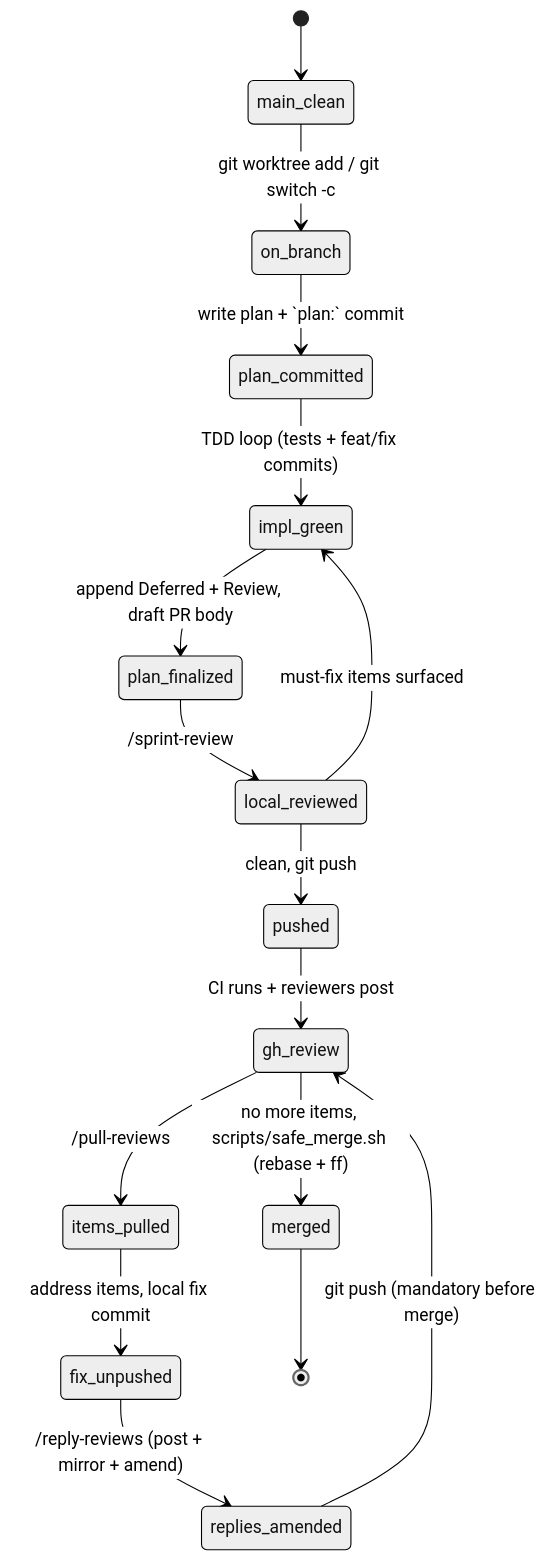
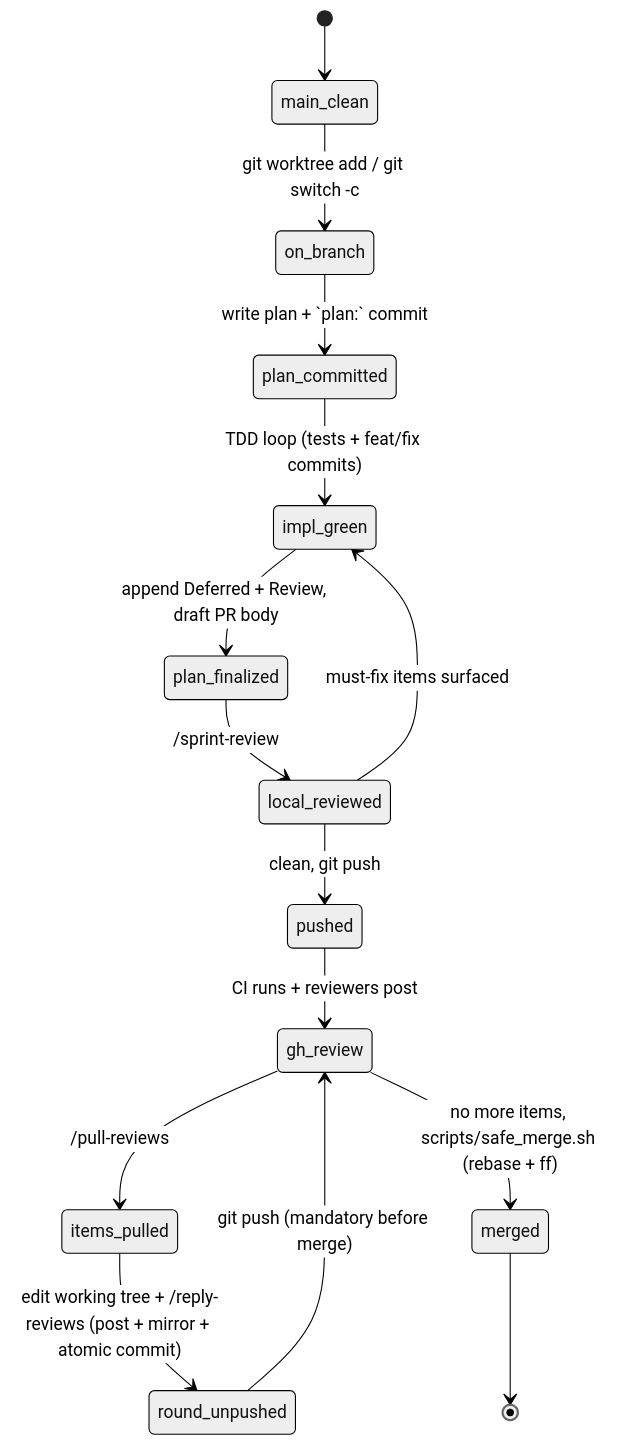
Before and after one commit to cmk/agogo: the first of 2 diagrams in doc/workflow.md, drawn with Mermaid (neutral theme). The commit also changed other lines of this file and 6 other files, not shown here.

````diff
--- a/doc/workflow.md
+++ b/doc/workflow.md
@@ -18,18 +18,17 @@
 ```mermaid
 stateDiagram-v2
     [*] --> main_clean
     main_clean --> on_branch: git worktree add / git switch -c
     on_branch --> plan_committed: write plan + `plan:` commit
     plan_committed --> impl_green: TDD loop (tests + feat/fix commits)
     impl_green --> plan_finalized: append Deferred + Review, draft PR body
     plan_finalized --> local_reviewed: /sprint-review
     local_reviewed --> impl_green: must-fix items surfaced
     local_reviewed --> pushed: clean, git push
     pushed --> gh_review: CI runs + reviewers post
     gh_review --> items_pulled: /pull-reviews
-    items_pulled --> fix_unpushed: address items, local fix commit
-    fix_unpushed --> replies_amended: /reply-reviews (post + mirror + amend)
-    replies_amended --> gh_review: git push (mandatory before merge)
+    items_pulled --> round_unpushed: edit working tree + /reply-reviews (post + mirror + atomic commit)
+    round_unpushed --> gh_review: git push (mandatory before merge)
     gh_review --> merged: no more items, scripts/safe_merge.sh (rebase + ff)
     merged --> [*]
 ```
````
